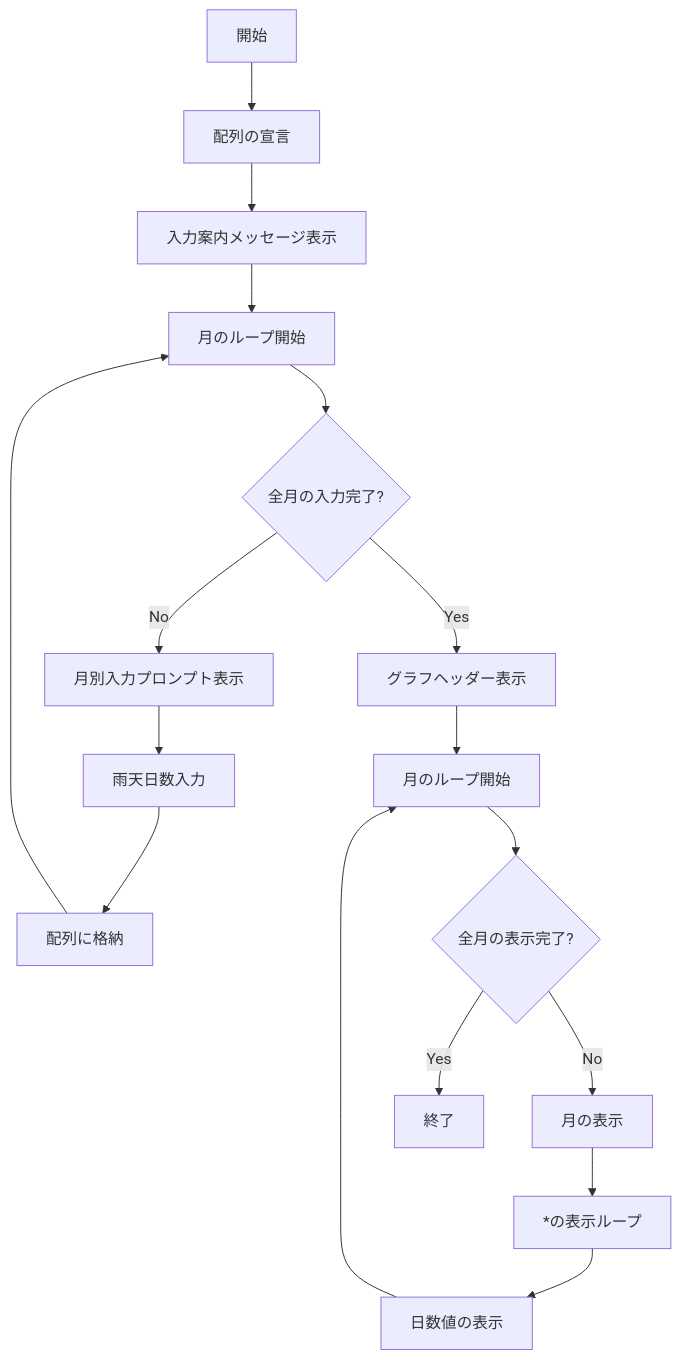
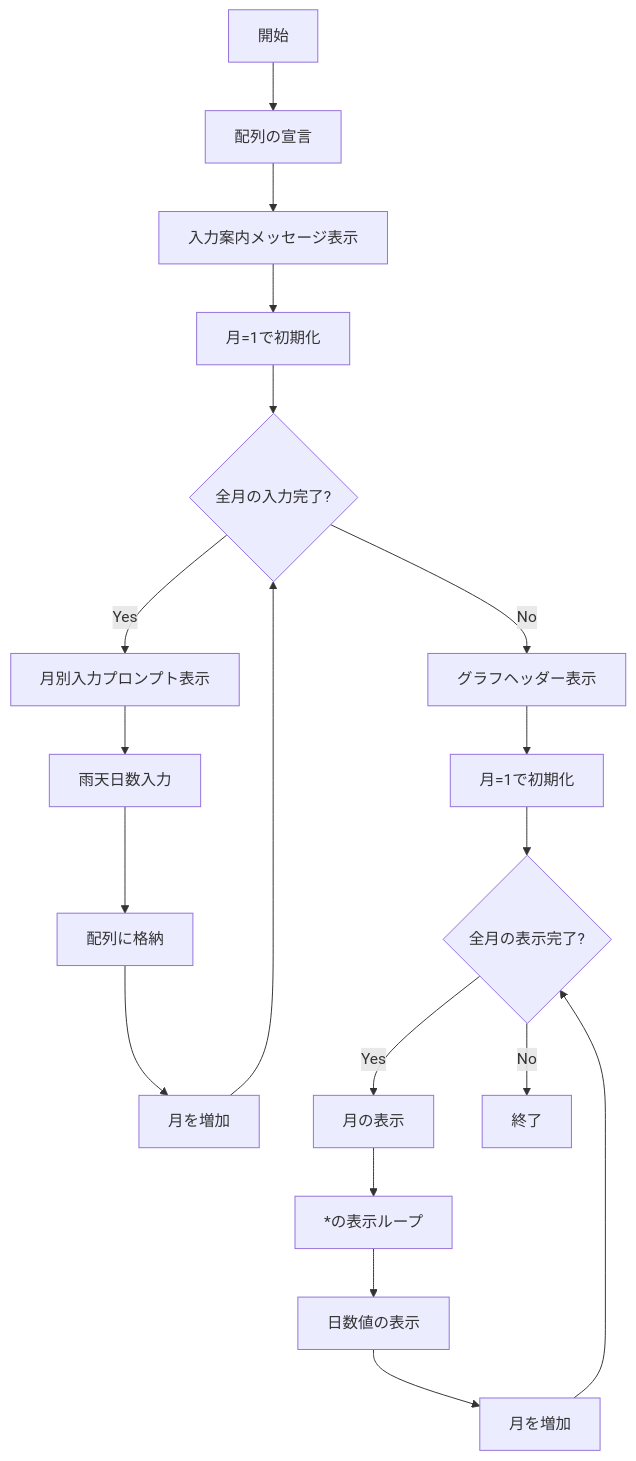
Before and after one commit to kanjiz/java-training-design-docs: the second of 2 diagrams in chapter06/RainfallGraphPrinter-README.md, drawn with Mermaid. The commit also changed other lines of this file and 2 other files, not shown here.

````diff
--- a/chapter06/RainfallGraphPrinter-README.md
+++ b/chapter06/RainfallGraphPrinter-README.md
@@ -59,19 +52,21 @@
 ```mermaid
 flowchart TD
     A[開始] --> B[配列の宣言]
     B --> C[入力案内メッセージ表示]
-    C --> D[月のループ開始]
+    C --> D[月=1で初期化]
     D --> E{全月の入力完了?}
-    E -->|No| F[月別入力プロンプト表示]
+    E -->|Yes| F[月別入力プロンプト表示]
     F --> G[雨天日数入力]
     G --> H[配列に格納]
-    H --> D
-    E -->|Yes| I[グラフヘッダー表示]
-    I --> J[月のループ開始]
-    J --> K{全月の表示完了?}
-    K -->|No| L[月の表示]
-    L --> M[*の表示ループ]
-    M --> N[日数値の表示]
-    N --> J
-    K -->|Yes| O[終了]
+    H --> I[月を増加]
+    I --> E
+    E -->|No| J[グラフヘッダー表示]
+    J --> K[月=1で初期化]
+    K --> L{全月の表示完了?}
+    L -->|Yes| M[月の表示]
+    M --> N[*の表示ループ]
+    N --> O[日数値の表示]
+    O --> P[月を増加]
+    P --> L
+    L -->|No| Q[終了]
 ```
````
